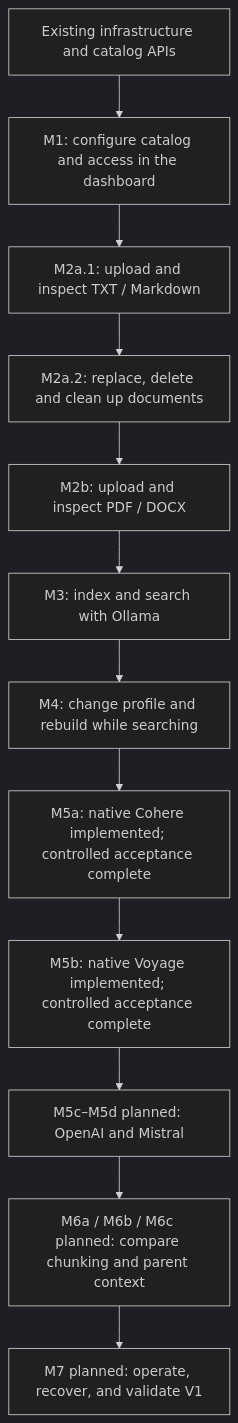
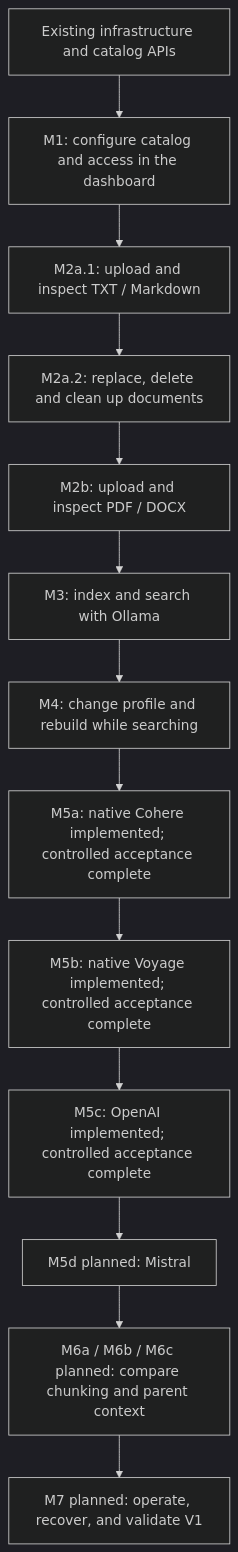
The fifth of 5 diagrams in docs/rag-implementation-plan.md (SimonLoir/vectorix), drawn with Mermaid (dark theme) before and after one commit. The commit also changed other lines of this file and 34 other files, not shown here.

````diff
--- a/docs/rag-implementation-plan.md
+++ b/docs/rag-implementation-plan.md
@@ -241,14 +244,15 @@
 ```mermaid
 flowchart TD
     BASE["Existing infrastructure and catalog APIs"] --> M1["M1: configure catalog and access in the dashboard"]
     M1 --> M2A["M2a.1: upload and inspect TXT / Markdown"]
     M2A --> M2A2["M2a.2: replace, delete and clean up documents"]
     M2A2 --> M2B["M2b: upload and inspect PDF / DOCX"]
     M2B --> M3["M3: index and search with Ollama"]
     M3 --> M4["M4: change profile and rebuild while searching"]
     M4 --> M5A["M5a: native Cohere implemented; controlled acceptance complete"]
     M5A --> M5B["M5b: native Voyage implemented; controlled acceptance complete"]
-    M5B --> M5CD["M5c–M5d planned: OpenAI and Mistral"]
-    M5CD --> M6["M6a / M6b / M6c planned: compare chunking and parent context"]
+    M5B --> M5C["M5c: OpenAI implemented; controlled acceptance complete"]
+    M5C --> M5D["M5d planned: Mistral"]
+    M5D --> M6["M6a / M6b / M6c planned: compare chunking and parent context"]
     M6 --> M7["M7 planned: operate, recover, and validate V1"]
 ```
````
